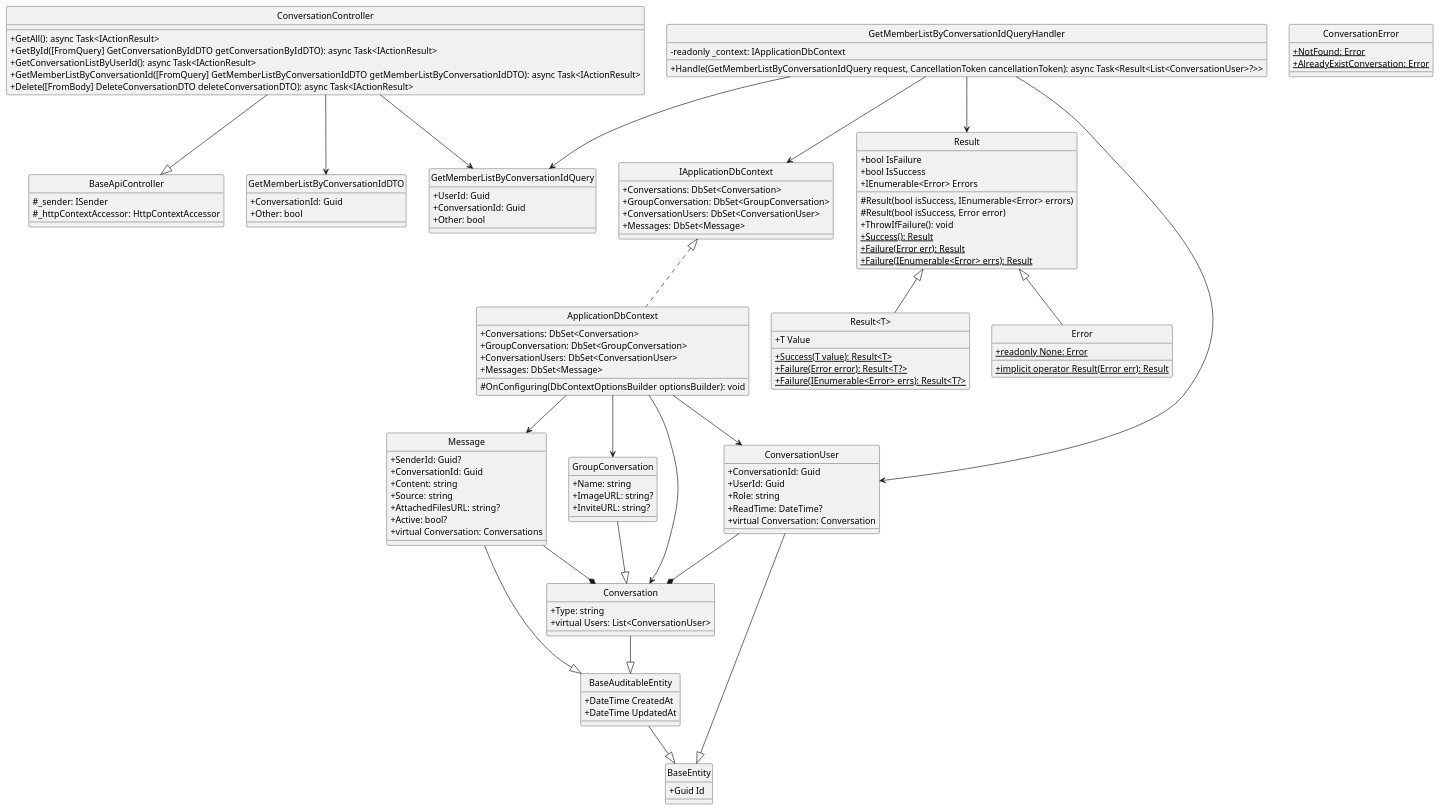
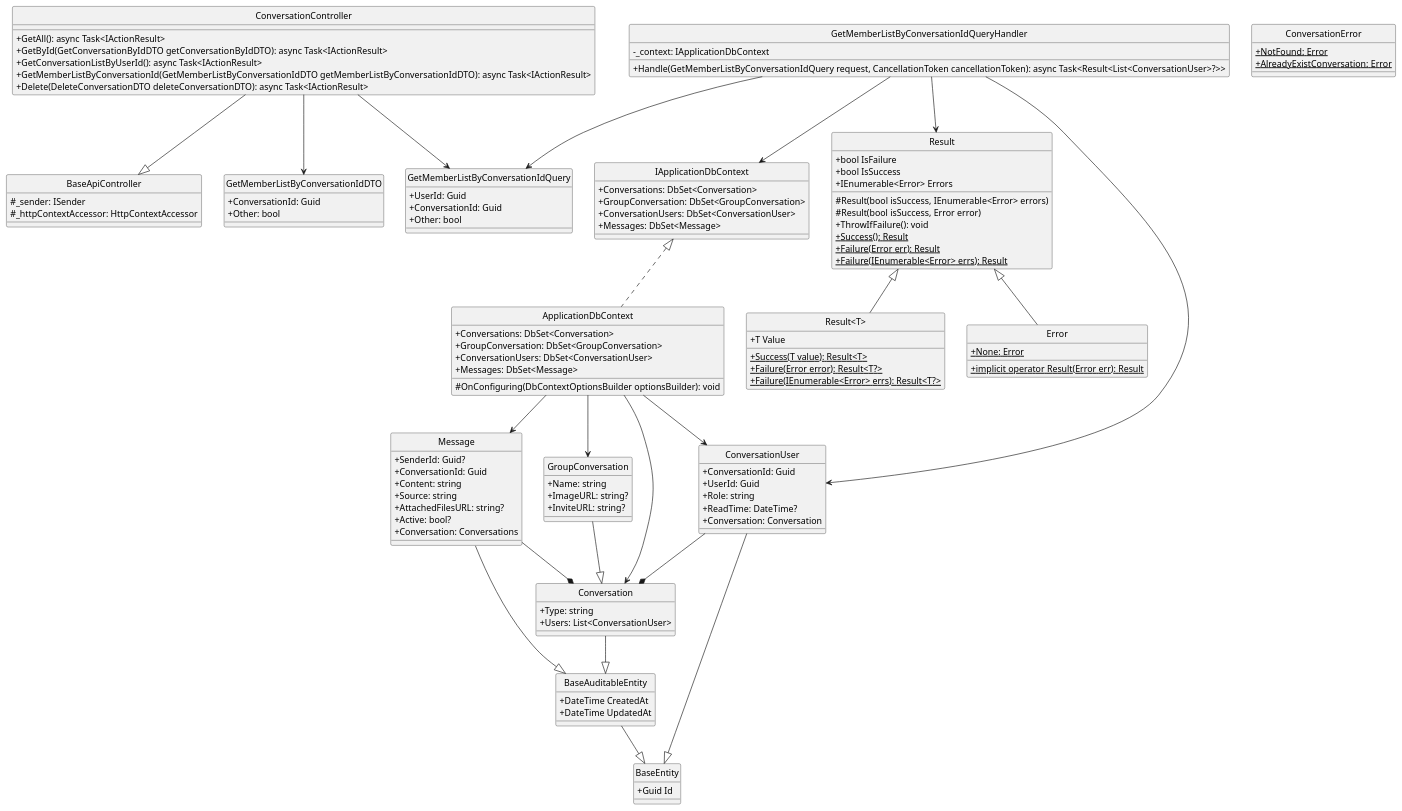
One commit to Carl-Johnsons/Chat-Application changed the diagram in docs/Class Diagram/Conversation/GetMemberListByConversationId/ClassDiagram.plantuml. Above: the diagram before and after it, drawn with PlantUML. The commit also changed 8 other files, not shown here.

```diff
--- a/docs/Class Diagram/Conversation/GetMemberListByConversationId/ClassDiagram.plantuml
+++ b/docs/Class Diagram/Conversation/GetMemberListByConversationId/ClassDiagram.plantuml
@@ -1,142 +1,142 @@
 @startuml 
 hide circle
 skinparam classAttributeIconSize 0
 
 class BaseApiController {
     #_sender: ISender
     #_httpContextAccessor: HttpContextAccessor
 }
 
 class ConversationController {
     +GetAll(): async Task<IActionResult>
-    +GetById([FromQuery] GetConversationByIdDTO getConversationByIdDTO): async Task<IActionResult>
+    +GetById(GetConversationByIdDTO getConversationByIdDTO): async Task<IActionResult>
     +GetConversationListByUserId(): async Task<IActionResult>
-    +GetMemberListByConversationId([FromQuery] GetMemberListByConversationIdDTO getMemberListByConversationIdDTO): async Task<IActionResult>
-    +Delete([FromBody] DeleteConversationDTO deleteConversationDTO): async Task<IActionResult>
+    +GetMemberListByConversationId(GetMemberListByConversationIdDTO getMemberListByConversationIdDTO): async Task<IActionResult>
+    +Delete(DeleteConversationDTO deleteConversationDTO): async Task<IActionResult>
 }
 
 class GetMemberListByConversationIdQuery{
     +UserId: Guid
     +ConversationId: Guid
     +Other: bool
 }
 
 class GetMemberListByConversationIdQueryHandler{
-    -readonly _context: IApplicationDbContext
+    -_context: IApplicationDbContext
     +Handle(GetMemberListByConversationIdQuery request, CancellationToken cancellationToken): async Task<Result<List<ConversationUser>?>>
 }
 
 class IApplicationDbContext {
     +Conversations: DbSet<Conversation>
     +GroupConversation: DbSet<GroupConversation>
     +ConversationUsers: DbSet<ConversationUser>
     +Messages: DbSet<Message>
 }
 
 class ApplicationDbContext {
     +Conversations: DbSet<Conversation>
     +GroupConversation: DbSet<GroupConversation>
     +ConversationUsers: DbSet<ConversationUser>
     +Messages: DbSet<Message>
     #OnConfiguring(DbContextOptionsBuilder optionsBuilder): void
 }
 
 class Result {
     +bool IsFailure
     +bool IsSuccess
     +IEnumerable<Error> Errors
     #Result(bool isSuccess, IEnumerable<Error> errors)
     #Result(bool isSuccess, Error error)
     +ThrowIfFailure(): void
     {static} +Success(): Result
     {static} +Failure(Error err): Result
     {static} +Failure(IEnumerable<Error> errs): Result
 }
 
 class "Result<T>" {
     +T Value
     {static} +Success(T value): Result<T>
     {static} +Failure(Error error): Result<T?>
     {static} +Failure(IEnumerable<Error> errs): Result<T?>
 }
 
 class Error {
-    {static} +readonly None: Error
+    {static} +None: Error
     {static} +implicit operator Result(Error err): Result
 }
 
 class GetMemberListByConversationIdDTO{
     +ConversationId: Guid
     +Other: bool
 }
 
 class ConversationError{
     {static} +NotFound: Error
     {static} +AlreadyExistConversation: Error
 }
 
 class BaseEntity {
     +Guid Id
 }
 
 class BaseAuditableEntity{
     +DateTime CreatedAt
     +DateTime UpdatedAt
 }
 
 class Conversation {
     +Type: string
-    +virtual Users: List<ConversationUser>
+    +Users: List<ConversationUser>
 }
 
 class GroupConversation {
     +Name: string
     +ImageURL: string?
     +InviteURL: string?
 }
 
 class ConversationUser {
     +ConversationId: Guid
     +UserId: Guid
     +Role: string
     +ReadTime: DateTime?
-    +virtual Conversation: Conversation
+    +Conversation: Conversation
 }
 
 class Message {
     +SenderId: Guid?
     +ConversationId: Guid
     +Content: string
     +Source: string
     +AttachedFilesURL: string?
     +Active: bool?
-    +virtual Conversation: Conversations
+    +Conversation: Conversations
 }
 
 ConversationController --|> BaseApiController
 ConversationController --> GetMemberListByConversationIdQuery
 
 ConversationController --> GetMemberListByConversationIdDTO
 
 GetMemberListByConversationIdQueryHandler --> GetMemberListByConversationIdQuery
 GetMemberListByConversationIdQueryHandler --> ConversationUser
 GetMemberListByConversationIdQueryHandler --> Result
 GetMemberListByConversationIdQueryHandler --> IApplicationDbContext
 
 IApplicationDbContext <|.. ApplicationDbContext
 Result <|-- Error
 Result <|-- "Result<T>"
 
 ApplicationDbContext --> Conversation
 ApplicationDbContext --> GroupConversation
 ApplicationDbContext --> ConversationUser
 ApplicationDbContext --> Message
 
 Conversation --|> BaseAuditableEntity
 GroupConversation --|> Conversation
 ConversationUser --|> BaseEntity
 ConversationUser --* Conversation
 Message --|> BaseAuditableEntity
 Message --* Conversation
 BaseAuditableEntity --|> BaseEntity
 @enduml
```
